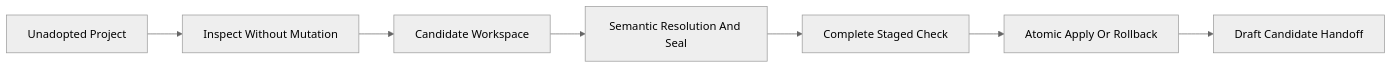
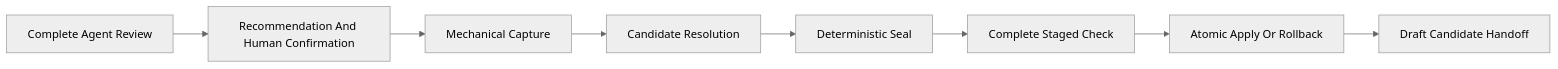
The diagram in public-docs/guides/initial-onboarding.md (NourdApS/Nourd.NKF), drawn with Mermaid (neutral theme) before and after one commit. The commit also changed other lines of this file and 39 other files, not shown here.

````diff
--- a/public-docs/guides/initial-onboarding.md
+++ b/public-docs/guides/initial-onboarding.md
@@ -27,9 +37,10 @@
 ```mermaid
 flowchart LR
-  P["Unadopted Project"] --> I["Inspect Without Mutation"]
-  I --> W["Candidate Workspace"]
-  W --> S["Semantic Resolution And Seal"]
+  R["Complete Agent Review"] --> H["Recommendation And Human Confirmation"]
+  H --> I["Mechanical Capture"]
+  I --> W["Candidate Resolution"]
+  W --> S["Deterministic Seal"]
   S --> C["Complete Staged Check"]
   C --> A["Atomic Apply Or Rollback"]
-  A --> H["Draft Candidate Handoff"]
+  A --> D["Draft Candidate Handoff"]
 ```
````
